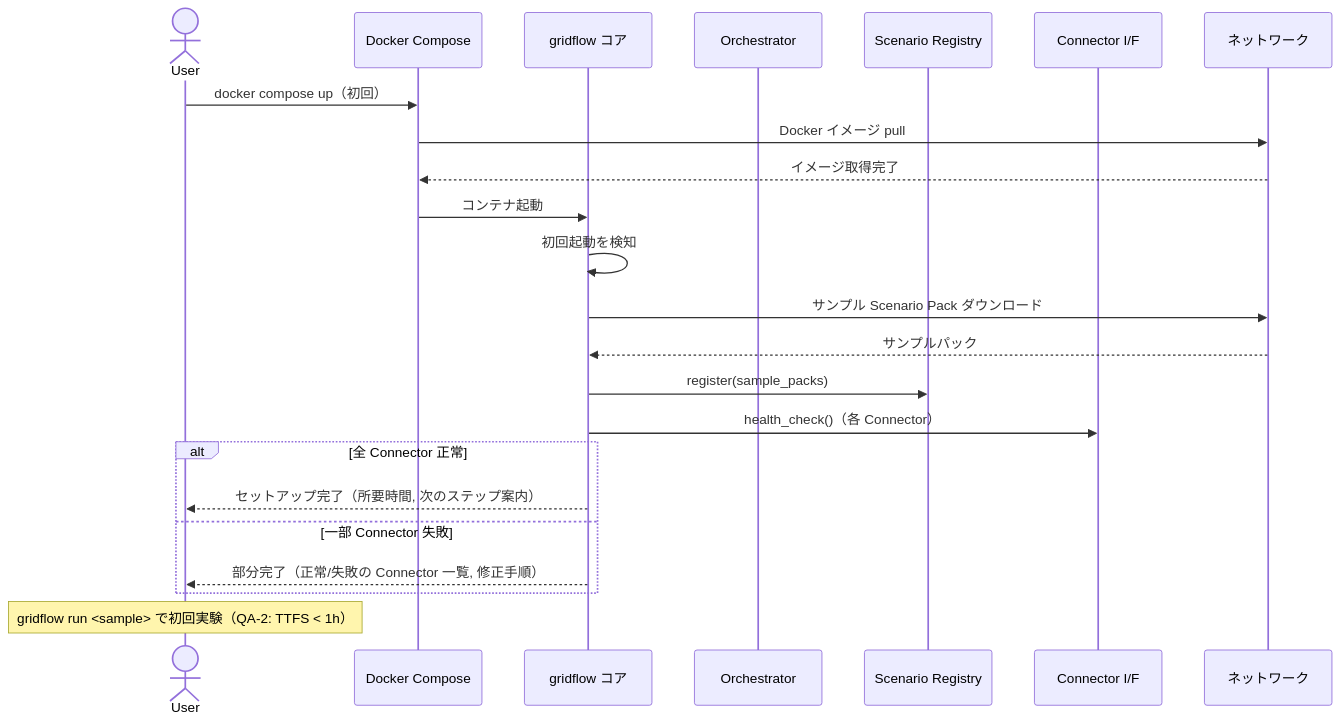
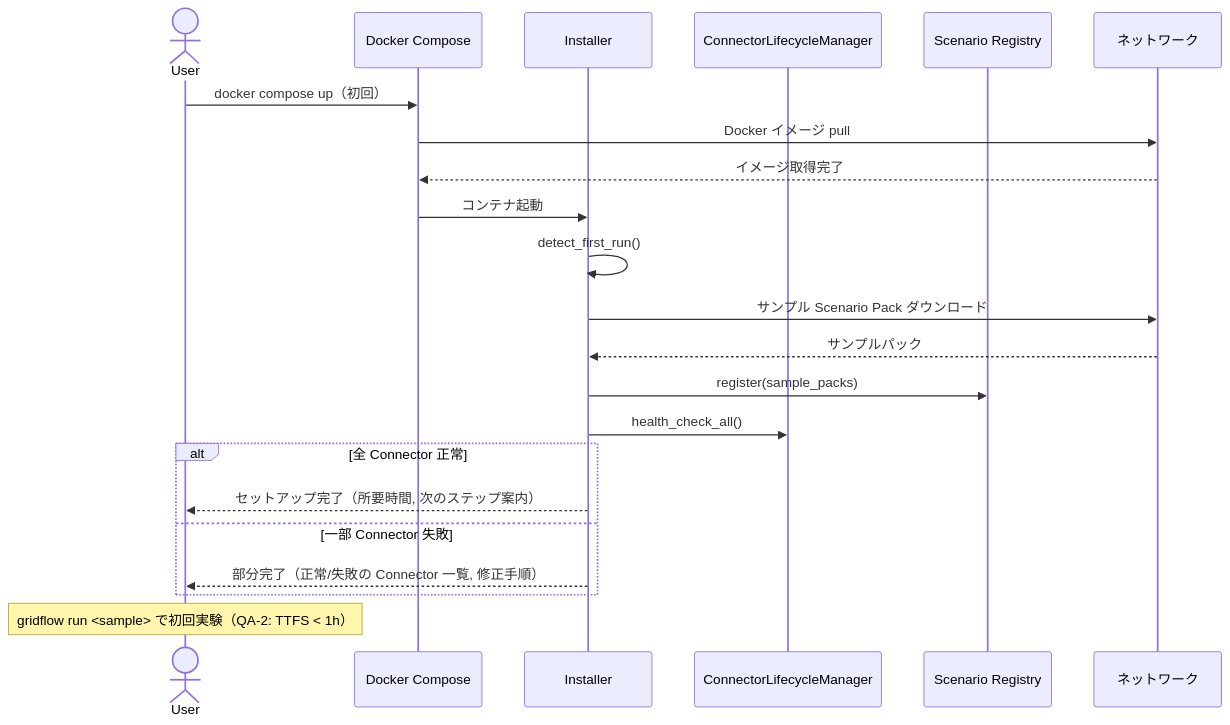
Diagram 12 of 15 in docs/architecture/04_dynamic_view.md (bottlenome/gridflow), drawn with Mermaid before and after one commit. The commit also changed other lines of this file and 2 other files, not shown here.

First line of the commit message:
docs: propagate design review changes to all views

````diff
--- a/docs/architecture/04_dynamic_view.md
+++ b/docs/architecture/04_dynamic_view.md
@@ -708,29 +712,28 @@
 ```mermaid
 sequenceDiagram
     actor User
     participant Docker as Docker Compose
-    participant Core as gridflow コア
-    participant Orch as Orchestrator
+    participant Inst as Installer
+    participant LCM as ConnectorLifecycleManager
     participant Registry as Scenario Registry
-    participant Connector as Connector I/F
     participant Net as ネットワーク
 
     User->>Docker: docker compose up（初回）
     Docker->>Net: Docker イメージ pull
     Net-->>Docker: イメージ取得完了
-    Docker->>Core: コンテナ起動
+    Docker->>Inst: コンテナ起動
 
-    Core->>Core: 初回起動を検知
-    Core->>Net: サンプル Scenario Pack ダウンロード
-    Net-->>Core: サンプルパック
-    Core->>Registry: register(sample_packs)
+    Inst->>Inst: detect_first_run()
+    Inst->>Net: サンプル Scenario Pack ダウンロード
+    Net-->>Inst: サンプルパック
+    Inst->>Registry: register(sample_packs)
 
-    Core->>Connector: health_check()（各 Connector）
+    Inst->>LCM: health_check_all()
     alt 全 Connector 正常
-        Core-->>User: セットアップ完了（所要時間, 次のステップ案内）
+        Inst-->>User: セットアップ完了（所要時間, 次のステップ案内）
     else 一部 Connector 失敗
-        Core-->>User: 部分完了（正常/失敗の Connector 一覧, 修正手順）
+        Inst-->>User: 部分完了（正常/失敗の Connector 一覧, 修正手順）
     end
 
     Note over User: gridflow run <sample> で初回実験（QA-2: TTFS < 1h）
 ```
````
